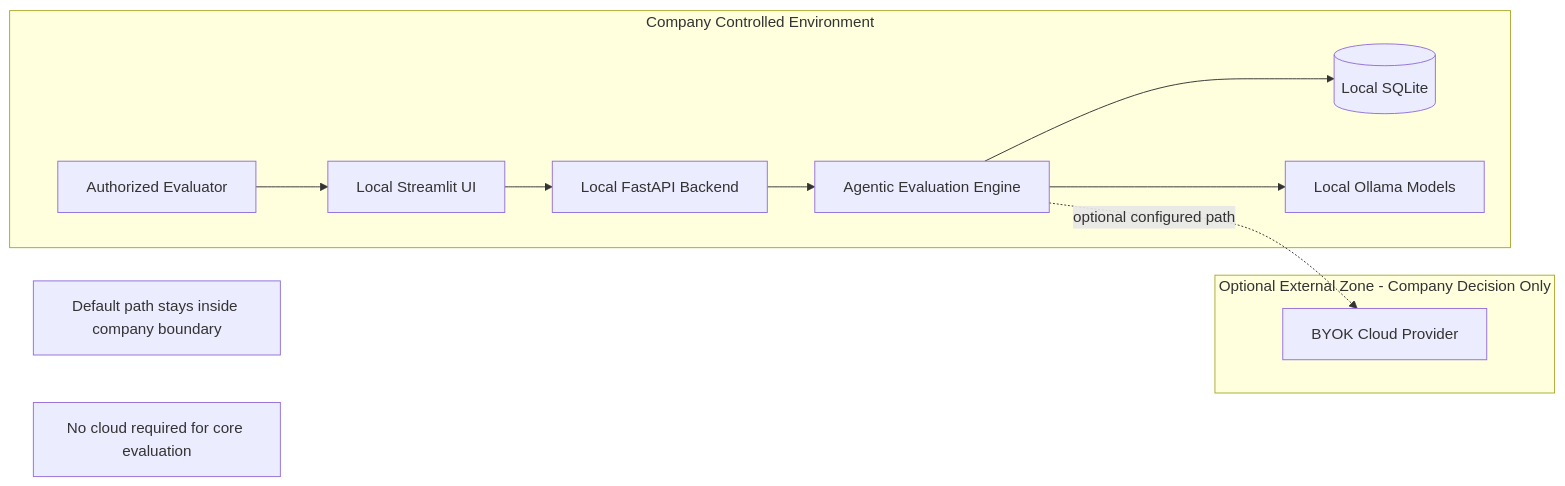
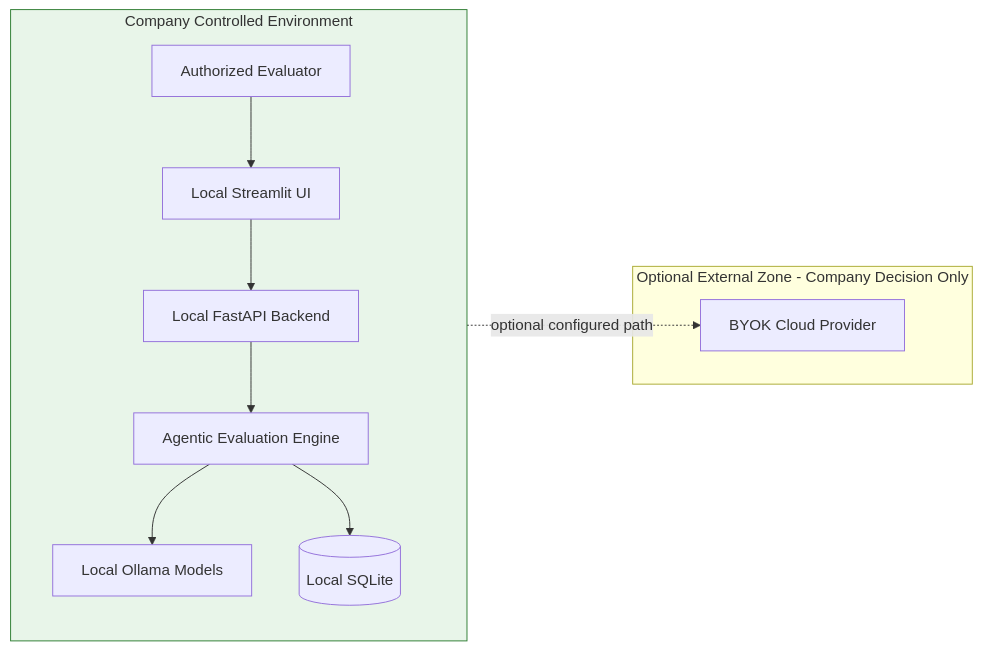
The first of 7 diagrams in README.md (Sarthak6o1/cortex-arena), drawn with Mermaid before and after one commit. The commit also changed other lines of this file, not shown here.

Commit message:
docs: improve architecture diagrams and add live verification proof

````diff
--- a/README.md
+++ b/README.md
@@ -72,25 +79,24 @@
 ```mermaid
 flowchart LR
     subgraph company [Company Controlled Environment]
+        direction TB
         User[Authorized Evaluator]
         UI[Local Streamlit UI]
         API[Local FastAPI Backend]
         Arena[Agentic Evaluation Engine]
         DB[(Local SQLite)]
         Ollama[Local Ollama Models]
+        User --> UI --> API --> Arena
+        Arena --> Ollama
+        Arena --> DB
     end
 
     subgraph optional [Optional External Zone - Company Decision Only]
         Cloud[BYOK Cloud Provider]
     end
 
-    User --> UI
-    UI --> API
-    API --> Arena
-    Arena --> Ollama
-    Arena --> DB
     Arena -. optional configured path .-> Cloud
 
-    note1[Default path stays inside company boundary]
-    note2[No cloud required for core evaluation]
+    classDef boundary fill:#e8f5e9,stroke:#2e7d32
+    class company boundary
 ```
````
